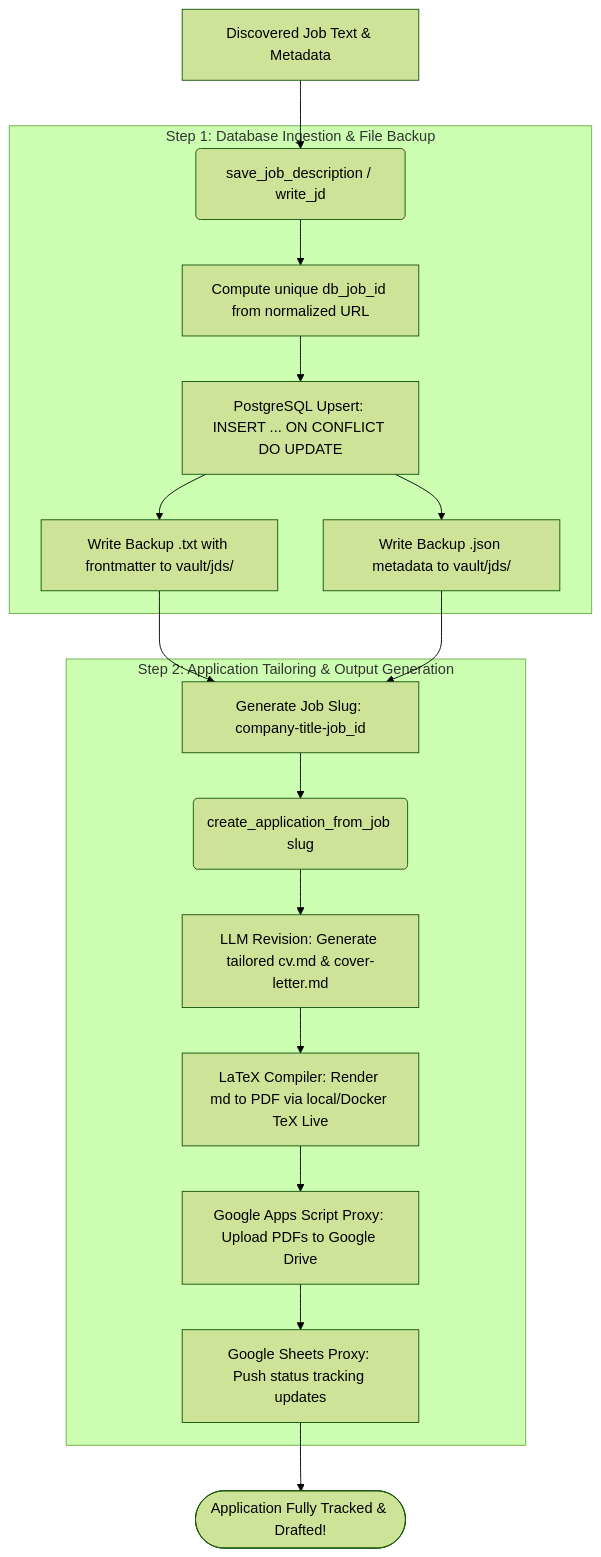
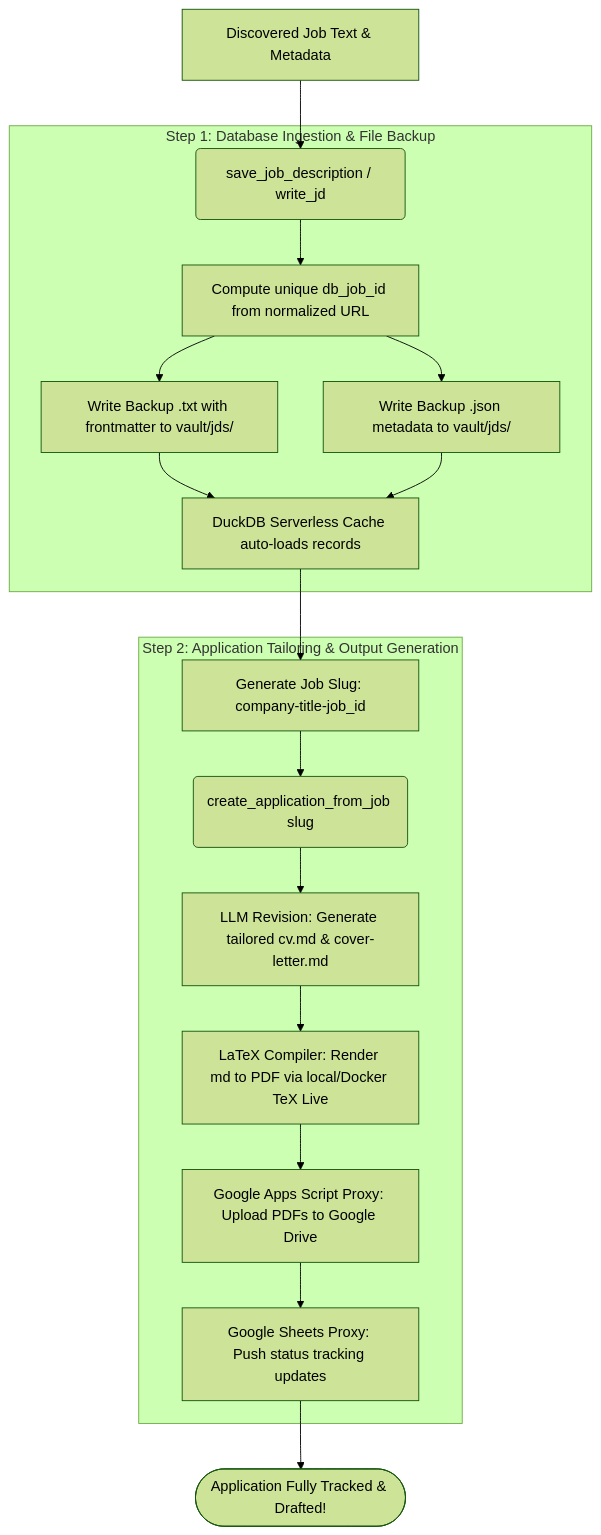
Before and after one commit to radheem/my-cv: the first of 3 diagrams in docs/mcp-workflows.md, drawn with Mermaid (forest theme). The commit also changed other lines of this file and 46 other files, not shown here.

````diff
--- a/docs/mcp-workflows.md
+++ b/docs/mcp-workflows.md
@@ -10,23 +10,23 @@
 ```mermaid
 flowchart TD
     A[Discovered Job Text & Metadata] --> B(save_job_description / write_jd)
     
     subgraph Step 1: Database Ingestion & File Backup
         B --> C[Compute unique db_job_id from normalized URL]
-        C --> D[PostgreSQL Upsert: INSERT ... ON CONFLICT DO UPDATE]
-        D --> E[Write Backup <slug>.txt with frontmatter to vault/jds/]
-        D --> F[Write Backup <slug>.json metadata to vault/jds/]
+        C --> D[Write Backup <slug>.txt with frontmatter to vault/jds/]
+        C --> E[Write Backup <slug>.json metadata to vault/jds/]
+        D & E --> F[DuckDB Serverless Cache auto-loads records]
     end
 
-    E & F --> G[Generate Job Slug: company-title-job_id]
+    F --> G[Generate Job Slug: company-title-job_id]
     
     subgraph Step 2: Application Tailoring & Output Generation
         G --> H(create_application_from_job slug)
         H --> I[LLM Revision: Generate tailored cv.md & cover-letter.md]
         I --> J[LaTeX Compiler: Render md to PDF via local/Docker TeX Live]
         J --> K[Google Apps Script Proxy: Upload PDFs to Google Drive]
         K --> L[Google Sheets Proxy: Push status tracking updates]
     end
 
     L --> M([Application Fully Tracked & Drafted!])
 ```
````
